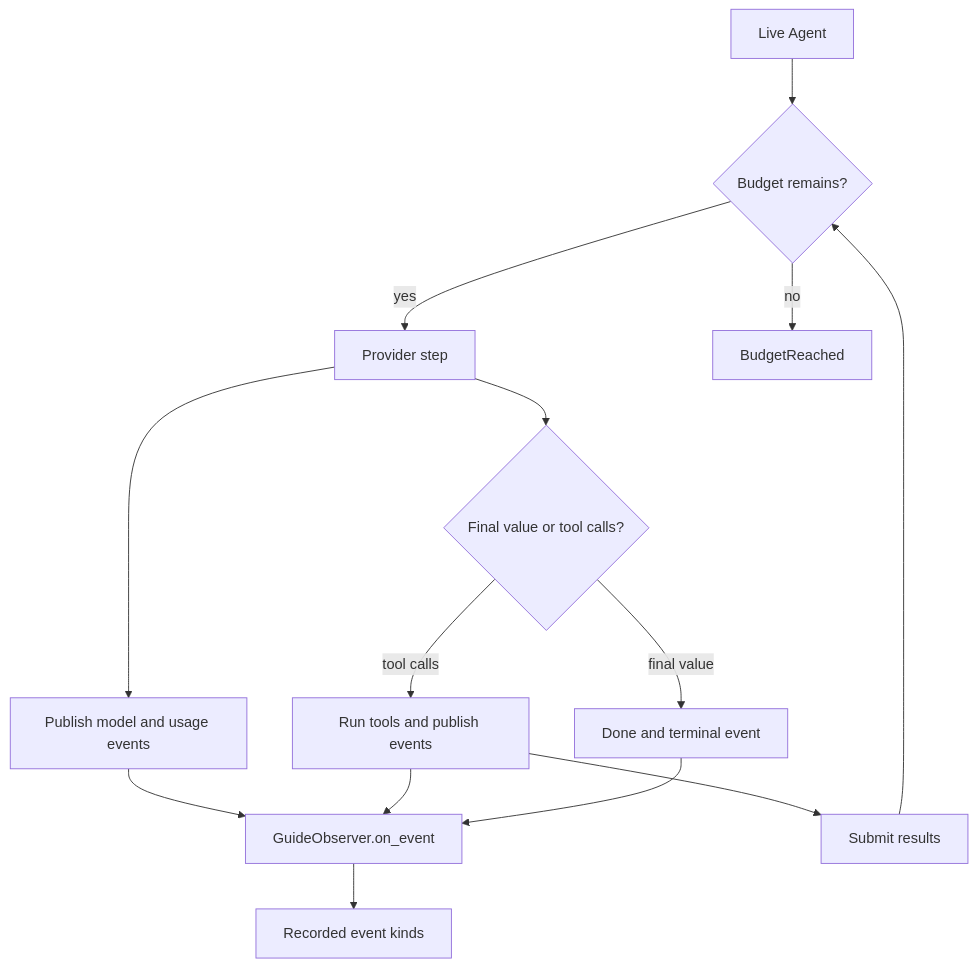
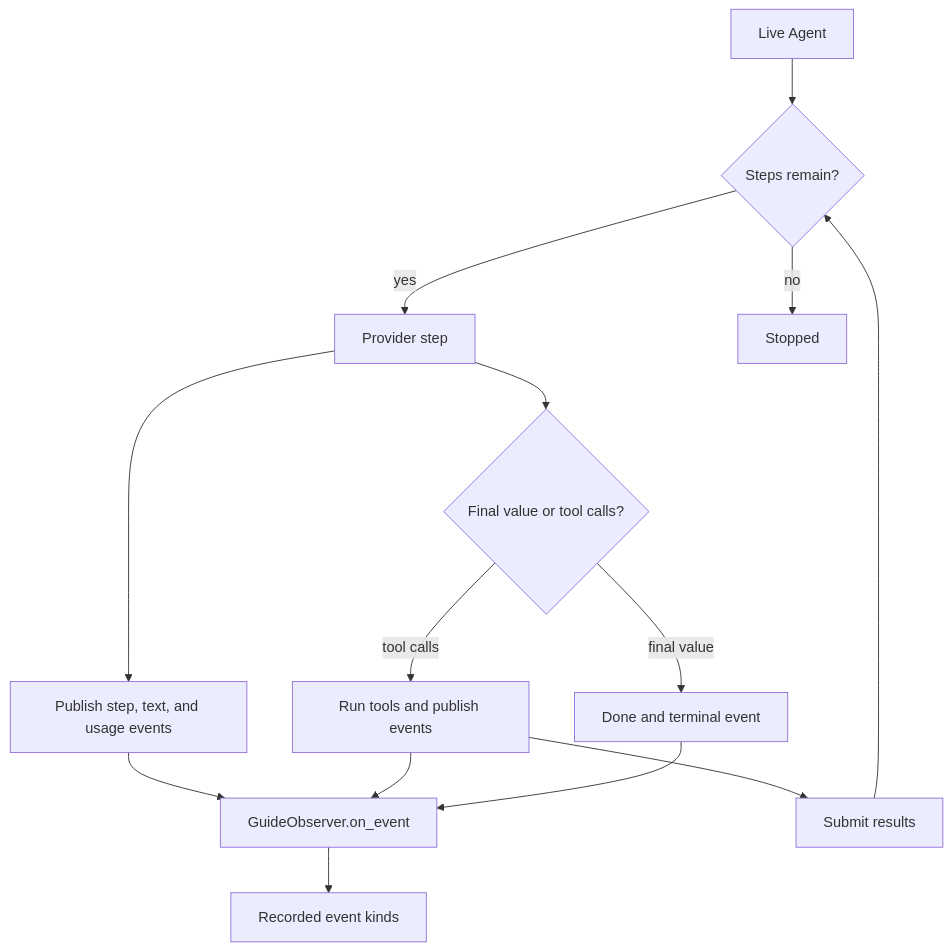
One commit to BoundaryML/baml changed the diagram in baml_language/_plan/bepv4/pages/testing-and-observability.md. Above: the diagram before and after it, drawn with Mermaid. The commit also changed other lines of this file and 169 other files, not shown here.

````diff
--- a/baml_language/_plan/bepv4/pages/testing-and-observability.md
+++ b/baml_language/_plan/bepv4/pages/testing-and-observability.md
@@ -168,16 +175,16 @@
 ```mermaid
 flowchart TD
-  agent["Live Agent"] --> budget{"Budget remains?"}
-  budget -->|yes| step["Provider step"]
-  step --> events["Publish model and usage events"]
+  agent["Live Agent"] --> limit{"Steps remain?"}
+  limit -->|yes| step["Provider step"]
+  step --> events["Publish step, text, and usage events"]
   events --> observer["GuideObserver.on_event"]
   observer --> logs["Recorded event kinds"]
   step --> result{"Final value or tool calls?"}
   result -->|tool calls| tools["Run tools and publish events"]
   tools --> observer
   tools --> submit["Submit results"]
-  submit --> budget
+  submit --> limit
   result -->|final value| done["Done and terminal event"]
-  budget -->|no| stopped["BudgetReached"]
+  limit -->|no| stopped["Stopped"]
   done --> observer
 ```
````
